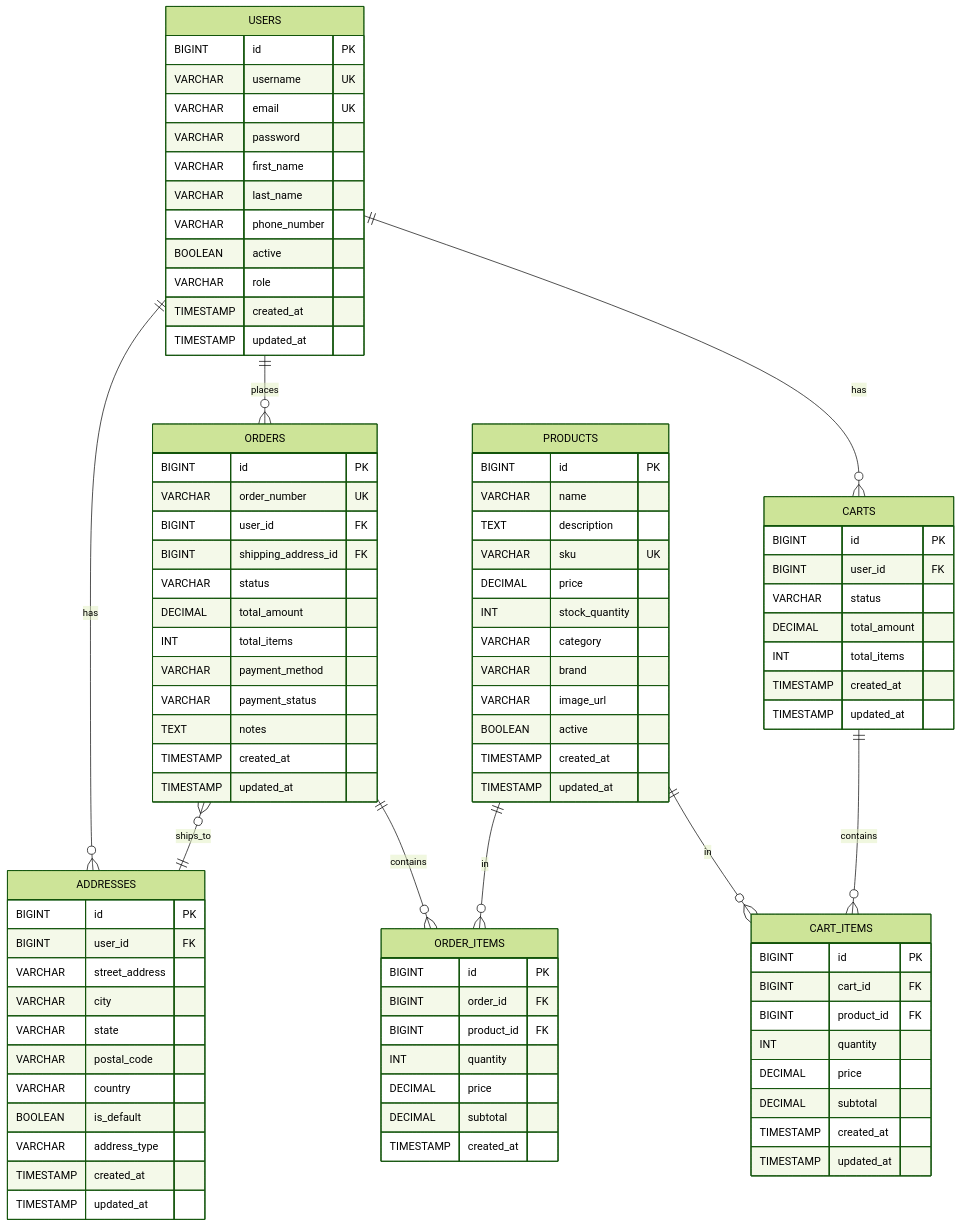
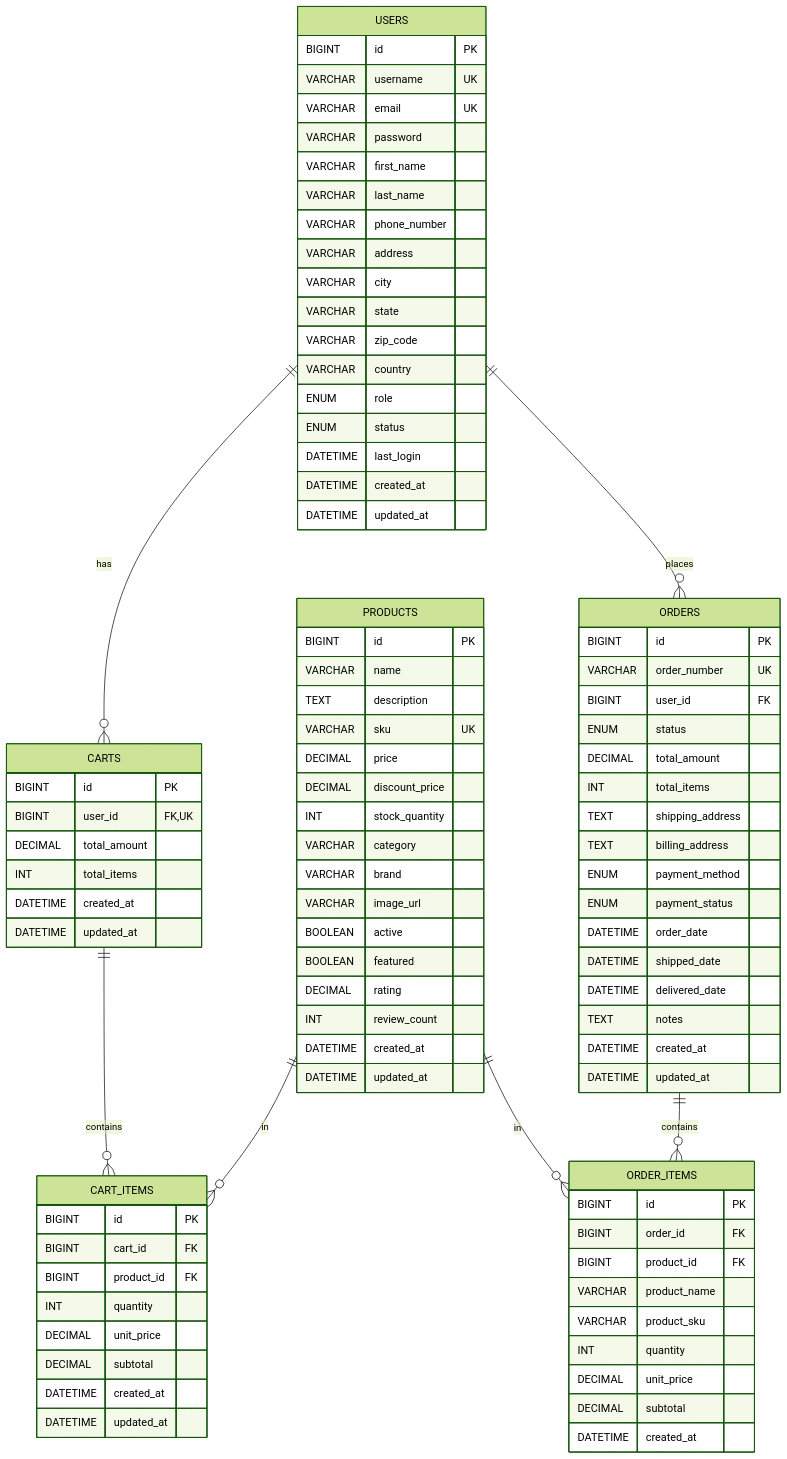
One commit to NavneetBN47/ecommerce changed the diagram in docs/er_diagram.mmd. Above: the diagram before and after it, drawn with Mermaid (forest theme). The commit also changed 47 other files, not shown here.

```diff
--- a/docs/er_diagram.mmd
+++ b/docs/er_diagram.mmd
@@ -1,98 +1,97 @@
 erDiagram
     USERS ||--o{ CARTS : "has"
     USERS ||--o{ ORDERS : "places"
-    USERS ||--o{ ADDRESSES : "has"
     CARTS ||--o{ CART_ITEMS : "contains"
     PRODUCTS ||--o{ CART_ITEMS : "in"
     PRODUCTS ||--o{ ORDER_ITEMS : "in"
     ORDERS ||--o{ ORDER_ITEMS : "contains"
-    ORDERS }o--|| ADDRESSES : "ships_to"
 
     USERS {
         BIGINT id PK
         VARCHAR username UK
         VARCHAR email UK
         VARCHAR password
         VARCHAR first_name
         VARCHAR last_name
         VARCHAR phone_number
-        BOOLEAN active
-        VARCHAR role
-        TIMESTAMP created_at
-        TIMESTAMP updated_at
+        VARCHAR address
+        VARCHAR city
+        VARCHAR state
+        VARCHAR zip_code
+        VARCHAR country
+        ENUM role
+        ENUM status
+        DATETIME last_login
+        DATETIME created_at
+        DATETIME updated_at
     }
 
     PRODUCTS {
         BIGINT id PK
         VARCHAR name
         TEXT description
         VARCHAR sku UK
         DECIMAL price
+        DECIMAL discount_price
         INT stock_quantity
         VARCHAR category
         VARCHAR brand
         VARCHAR image_url
         BOOLEAN active
-        TIMESTAMP created_at
-        TIMESTAMP updated_at
+        BOOLEAN featured
+        DECIMAL rating
+        INT review_count
+        DATETIME created_at
+        DATETIME updated_at
     }
 
     CARTS {
         BIGINT id PK
-        BIGINT user_id FK
-        VARCHAR status
+        BIGINT user_id FK,UK
         DECIMAL total_amount
         INT total_items
-        TIMESTAMP created_at
-        TIMESTAMP updated_at
+        DATETIME created_at
+        DATETIME updated_at
     }
 
     CART_ITEMS {
         BIGINT id PK
         BIGINT cart_id FK
         BIGINT product_id FK
         INT quantity
-        DECIMAL price
+        DECIMAL unit_price
         DECIMAL subtotal
-        TIMESTAMP created_at
-        TIMESTAMP updated_at
+        DATETIME created_at
+        DATETIME updated_at
     }
 
     ORDERS {
         BIGINT id PK
         VARCHAR order_number UK
         BIGINT user_id FK
-        BIGINT shipping_address_id FK
-        VARCHAR status
+        ENUM status
         DECIMAL total_amount
         INT total_items
-        VARCHAR payment_method
-        VARCHAR payment_status
+        TEXT shipping_address
+        TEXT billing_address
+        ENUM payment_method
+        ENUM payment_status
+        DATETIME order_date
+        DATETIME shipped_date
+        DATETIME delivered_date
         TEXT notes
-        TIMESTAMP created_at
-        TIMESTAMP updated_at
+        DATETIME created_at
+        DATETIME updated_at
     }
 
     ORDER_ITEMS {
         BIGINT id PK
         BIGINT order_id FK
         BIGINT product_id FK
+        VARCHAR product_name
+        VARCHAR product_sku
         INT quantity
-        DECIMAL price
+        DECIMAL unit_price
         DECIMAL subtotal
-        TIMESTAMP created_at
+        DATETIME created_at
     }
-
-    ADDRESSES {
-        BIGINT id PK
-        BIGINT user_id FK
-        VARCHAR street_address
-        VARCHAR city
-        VARCHAR state
-        VARCHAR postal_code
-        VARCHAR country
-        BOOLEAN is_default
-        VARCHAR address_type
-        TIMESTAMP created_at
-        TIMESTAMP updated_at
-    }
```
